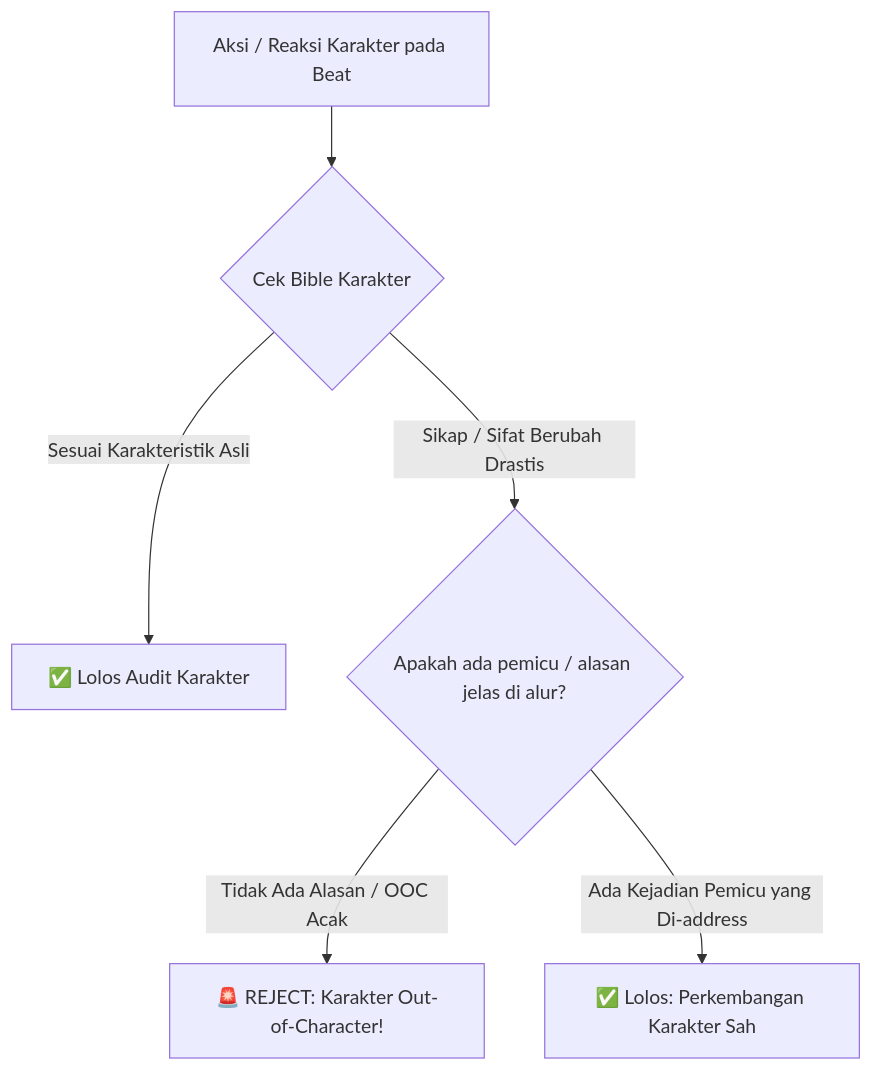
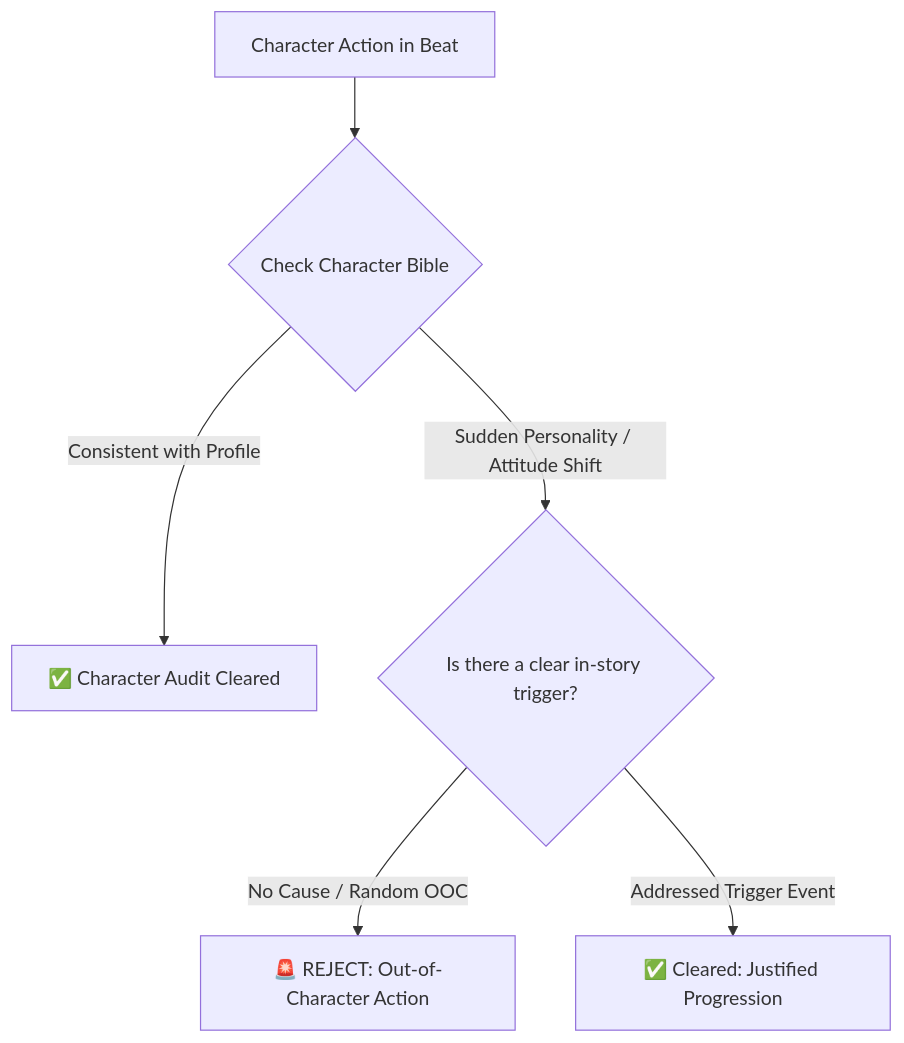
Before and after one commit to dwianggororeal/detailed-novel-agent-skill: the first of 2 diagrams in .agents/skills/duidwidev-novel/references/character_and_lore_audit.md, drawn with Mermaid. The commit also changed other lines of this file and 57 other files, not shown here.

````diff
--- a/.agents/skills/duidwidev-novel/references/character_and_lore_audit.md
+++ b/.agents/skills/duidwidev-novel/references/character_and_lore_audit.md
@@ -16,8 +16,8 @@
 ```mermaid
 graph TD
-    A[Aksi / Reaksi Karakter pada Beat] --> B{Cek Bible Karakter}
-    B -->|Sesuai Karakteristik Asli| C[✅ Lolos Audit Karakter]
-    B -->|Sikap / Sifat Berubah Drastis| D{Apakah ada pemicu / alasan jelas di alur?}
-    D -->|Tidak Ada Alasan / OOC Acak| E[🚨 REJECT: Karakter Out-of-Character!]
-    D -->|Ada Kejadian Pemicu yang Di-address| F[✅ Lolos: Perkembangan Karakter Sah]
+    A[Character Action in Beat] --> B{Check Character Bible}
+    B -->|Consistent with Profile| C[✅ Character Audit Cleared]
+    B -->|Sudden Personality / Attitude Shift| D{Is there a clear in-story trigger?}
+    D -->|No Cause / Random OOC| E[🚨 REJECT: Out-of-Character Action]
+    D -->|Addressed Trigger Event| F[✅ Cleared: Justified Progression]
 ```
````
